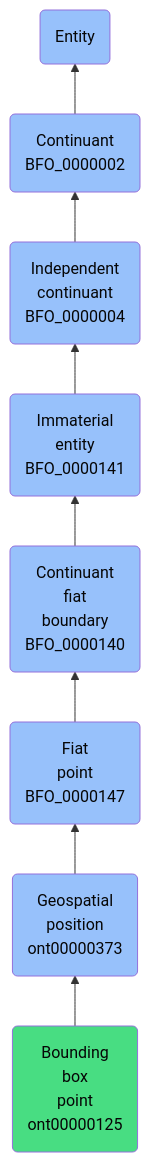
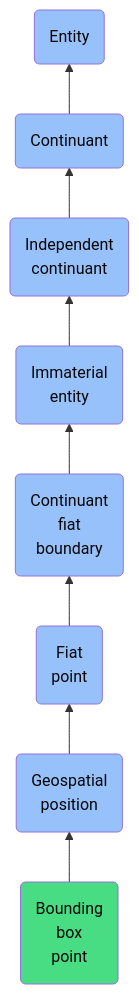
The diagram in docs/ontology/reference/model/Entity/Continuant/Independent continuant/Immaterial entity/Continuant fiat boundary/Fiat point/Geospatial position/Bounding box point/Bounding box point.md (jupyter-naas/abi), drawn with Mermaid before and after one commit. The commit also changed other lines of this file and 1430 other files, not shown here.

````diff
--- a/docs/ontology/reference/model/Entity/Continuant/Independent continuant/Immaterial entity/Continuant fiat boundary/Fiat point/Geospatial position/Bounding box point/Bounding box point.md
+++ b/docs/ontology/reference/model/Entity/Continuant/Independent continuant/Immaterial entity/Continuant fiat boundary/Fiat point/Geospatial position/Bounding box point/Bounding box point.md
@@ -24,15 +24,15 @@
 ```mermaid
 graph BT
-    ont00000125(Bounding<br>box<br>point<br>ont00000125):::ABI-->ont00000373
-    ont00000373(Geospatial<br>position<br>ont00000373):::BFO-->BFO_0000147
-    BFO_0000147(Fiat<br>point<br>BFO_0000147):::BFO-->BFO_0000140
-    BFO_0000140(Continuant<br>fiat<br>boundary<br>BFO_0000140):::BFO-->BFO_0000141
-    BFO_0000141(Immaterial<br>entity<br>BFO_0000141):::BFO-->BFO_0000004
-    BFO_0000004(Independent<br>continuant<br>BFO_0000004):::BFO-->BFO_0000002
-    BFO_0000002(Continuant<br>BFO_0000002):::BFO-->BFO_0000001
+    ont00000125(Bounding<br>box<br>point):::ABI-->ont00000373
+    ont00000373(Geospatial<br>position):::BFO-->BFO_0000147
+    BFO_0000147(Fiat<br>point):::BFO-->BFO_0000140
+    BFO_0000140(Continuant<br>fiat<br>boundary):::BFO-->BFO_0000141
+    BFO_0000141(Immaterial<br>entity):::BFO-->BFO_0000004
+    BFO_0000004(Independent<br>continuant):::BFO-->BFO_0000002
+    BFO_0000002(Continuant):::BFO-->BFO_0000001
     BFO_0000001(Entity):::BFO
     
     classDef BFO fill:#97c1fb,color:#060606
     classDef CCO fill:#e4c51e,color:#060606
     classDef ABI fill:#48DD82,color:#060606
 ```
````
